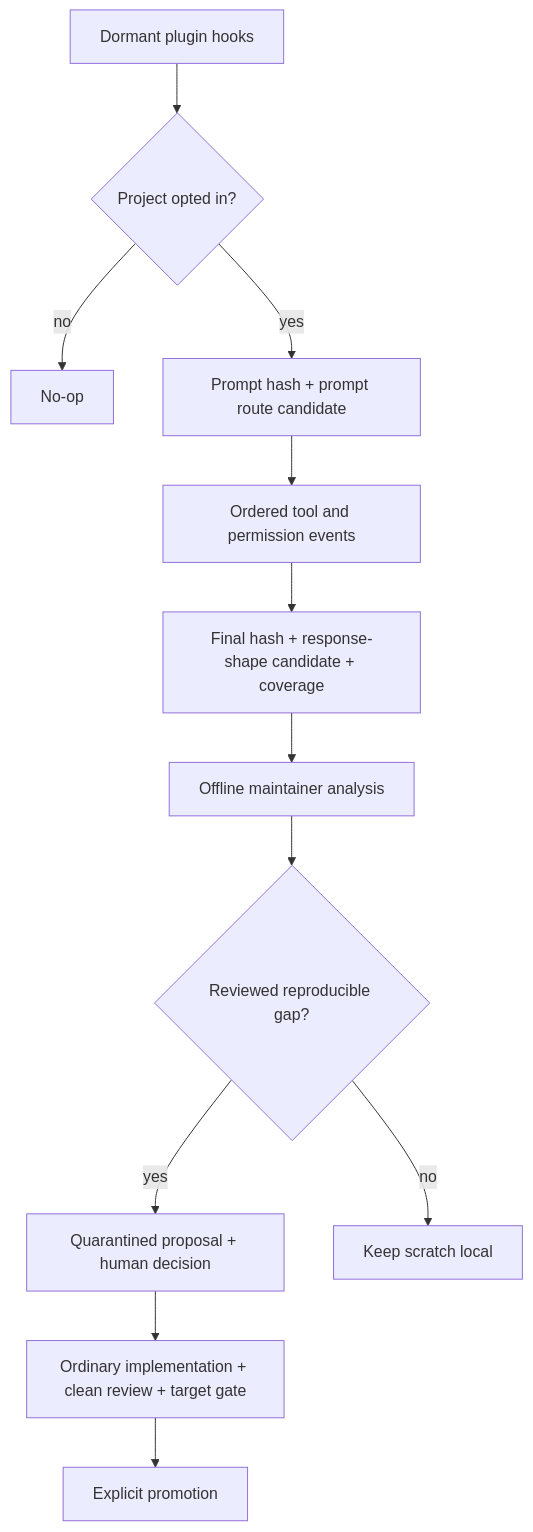
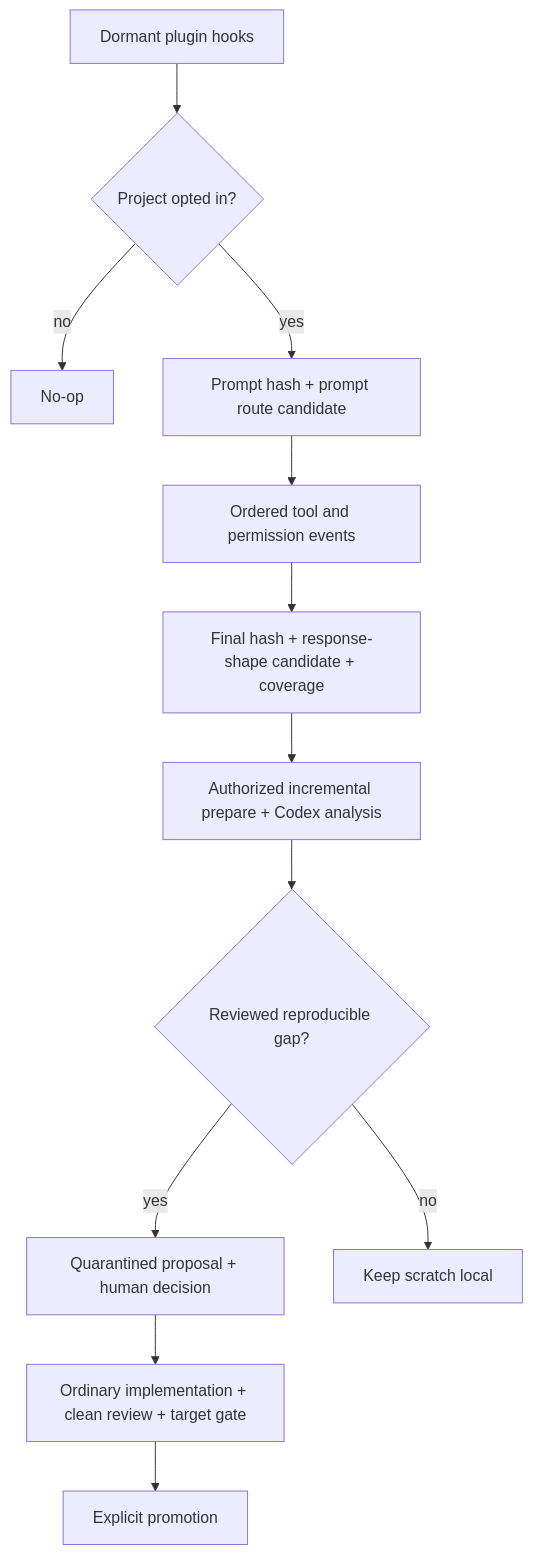
One commit to daxiong888/Groundwork changed the diagram in docs/router-observability-harness.md. Above: the diagram before and after it, drawn with Mermaid. The commit also changed other lines of this file and 21 other files, not shown here.

````diff
--- a/docs/router-observability-harness.md
+++ b/docs/router-observability-harness.md
@@ -23,14 +23,14 @@
 ```mermaid
 flowchart TD
   A["Dormant plugin hooks"] --> B{"Project opted in?"}
   B -- "no" --> C["No-op"]
   B -- "yes" --> D["Prompt hash + prompt route candidate"]
   D --> E["Ordered tool and permission events"]
   E --> F["Final hash + response-shape candidate + coverage"]
-  F --> G["Offline maintainer analysis"]
+  F --> G["Authorized incremental prepare + Codex analysis"]
   G --> H{"Reviewed reproducible gap?"}
   H -- "yes" --> I["Quarantined proposal + human decision"]
   I --> K["Ordinary implementation + clean review + target gate"]
   K --> L["Explicit promotion"]
   H -- "no" --> J["Keep scratch local"]
 ```
````
